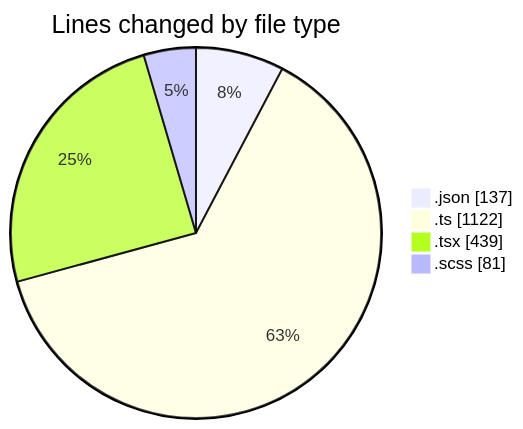
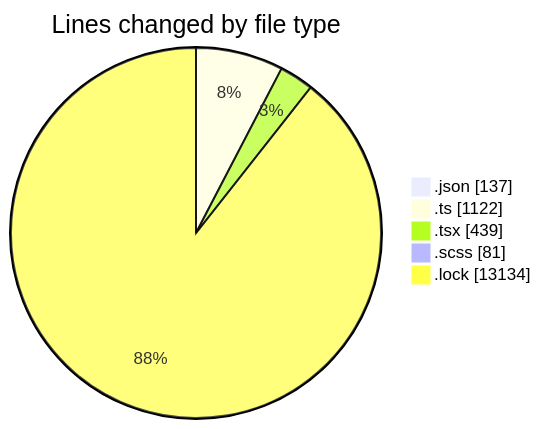
Before and after one commit to momahboobian/code-tracking: the first of 2 diagrams in 2025-05-09/cda/README.md, drawn with Mermaid. The commit also changed other lines of this file and 1 other file, not shown here.

````diff
--- a/2025-05-09/cda/README.md
+++ b/2025-05-09/cda/README.md
@@ -28,8 +29,9 @@
 ```mermaid
 pie showData
 title Lines changed by file type
 ".json" : 137
 ".ts" : 1122
 ".tsx" : 439
 ".scss" : 81
+".lock" : 13134
 ```
````
